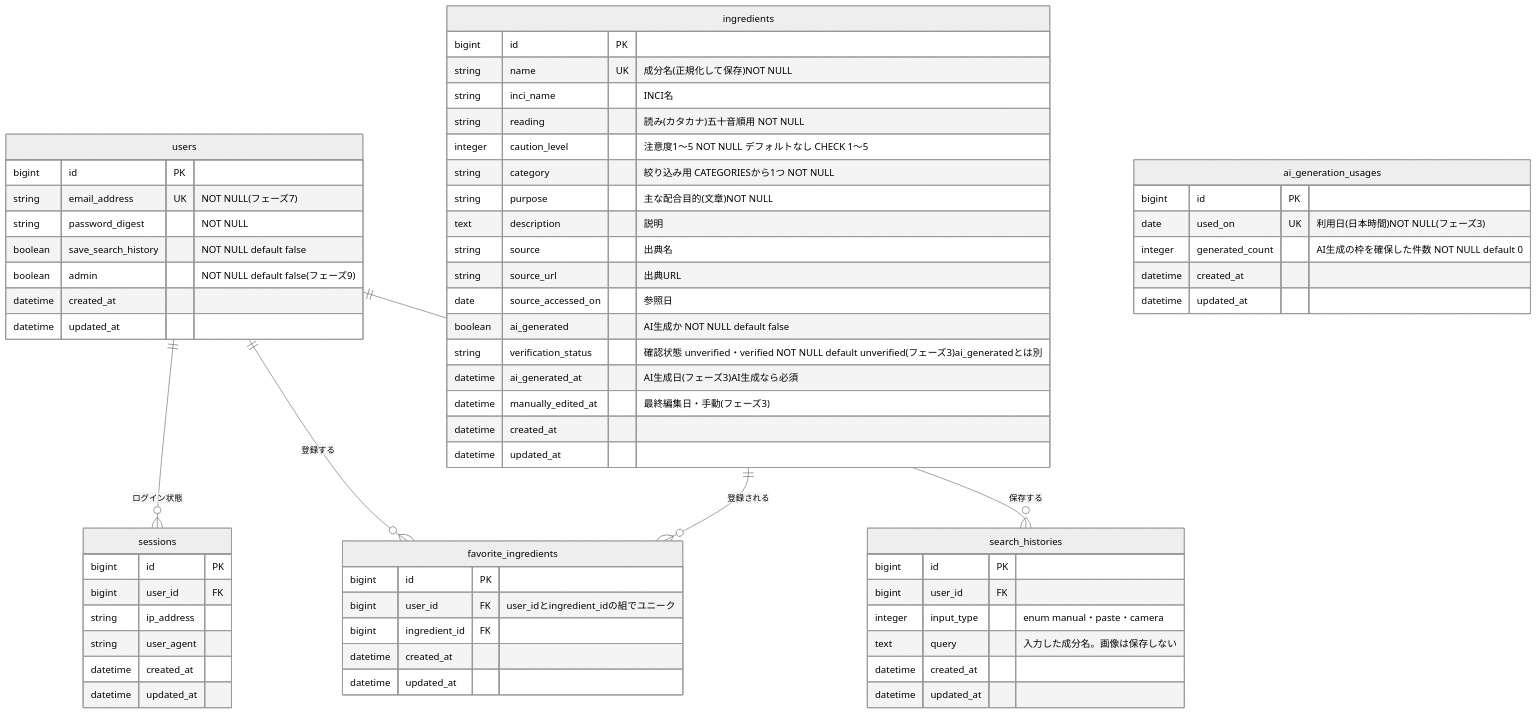
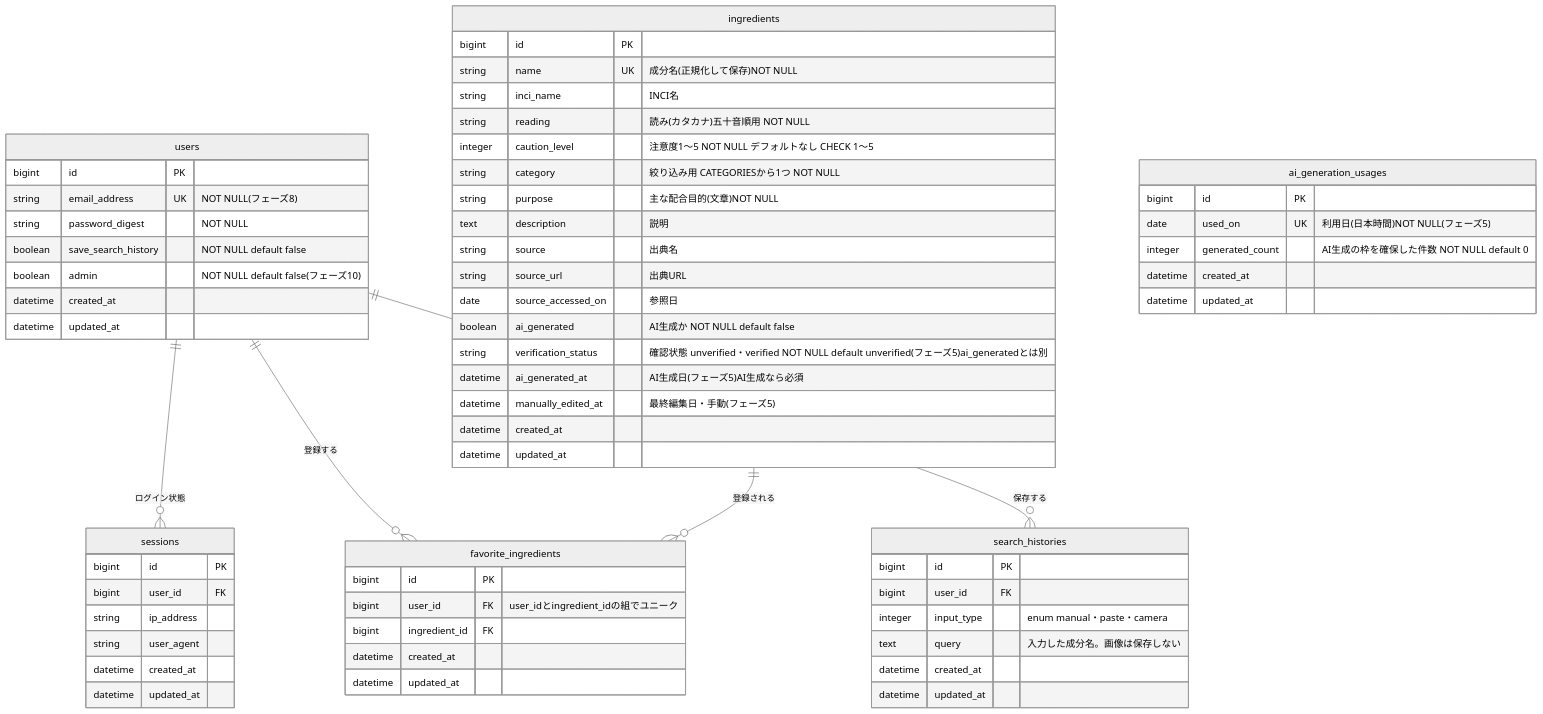
One commit to Elu-72b/ura-label changed the diagram in docs/ER_DIAGRAM.md. Above: the diagram before and after it, drawn with Mermaid (neutral theme). The commit also changed other lines of this file, not shown here.

Commit message:
docs: ER図のフェーズ番号を更新

````diff
--- a/docs/ER_DIAGRAM.md
+++ b/docs/ER_DIAGRAM.md
@@ -12,71 +12,71 @@
 ```mermaid
 erDiagram
     users ||--o{ sessions : "ログイン状態"
     users ||--o{ favorite_ingredients : "登録する"
     ingredients ||--o{ favorite_ingredients : "登録される"
     users ||--o{ search_histories : "保存する"
 
     ingredients {
         bigint id PK
         string name UK "成分名(正規化して保存)NOT NULL"
         string inci_name "INCI名"
         string reading "読み(カタカナ)五十音順用 NOT NULL"
         integer caution_level "注意度1〜5 NOT NULL デフォルトなし CHECK 1〜5"
         string category "絞り込み用 CATEGORIESから1つ NOT NULL"
         string purpose "主な配合目的(文章)NOT NULL"
         text description "説明"
         string source "出典名"
         string source_url "出典URL"
         date source_accessed_on "参照日"
         boolean ai_generated "AI生成か NOT NULL default false"
-        string verification_status "確認状態 unverified・verified NOT NULL default unverified(フェーズ3)ai_generatedとは別"
-        datetime ai_generated_at "AI生成日(フェーズ3)AI生成なら必須"
-        datetime manually_edited_at "最終編集日・手動(フェーズ3)"
+        string verification_status "確認状態 unverified・verified NOT NULL default unverified(フェーズ5)ai_generatedとは別"
+        datetime ai_generated_at "AI生成日(フェーズ5)AI生成なら必須"
+        datetime manually_edited_at "最終編集日・手動(フェーズ5)"
         datetime created_at
         datetime updated_at
     }
 
     ai_generation_usages {
         bigint id PK
-        date used_on UK "利用日(日本時間)NOT NULL(フェーズ3)"
+        date used_on UK "利用日(日本時間)NOT NULL(フェーズ5)"
         integer generated_count "AI生成の枠を確保した件数 NOT NULL default 0"
         datetime created_at
         datetime updated_at
     }
 
     users {
         bigint id PK
-        string email_address UK "NOT NULL(フェーズ7)"
+        string email_address UK "NOT NULL(フェーズ8)"
         string password_digest "NOT NULL"
         boolean save_search_history "NOT NULL default false"
-        boolean admin "NOT NULL default false(フェーズ9)"
+        boolean admin "NOT NULL default false(フェーズ10)"
         datetime created_at
         datetime updated_at
     }
 
     sessions {
         bigint id PK
         bigint user_id FK
         string ip_address
         string user_agent
         datetime created_at
         datetime updated_at
     }
 
     favorite_ingredients {
         bigint id PK
         bigint user_id FK "user_idとingredient_idの組でユニーク"
         bigint ingredient_id FK
         datetime created_at
         datetime updated_at
     }
 
     search_histories {
         bigint id PK
         bigint user_id FK
         integer input_type "enum manual・paste・camera"
         text query "入力した成分名。画像は保存しない"
         datetime created_at
         datetime updated_at
     }
 ```
````
